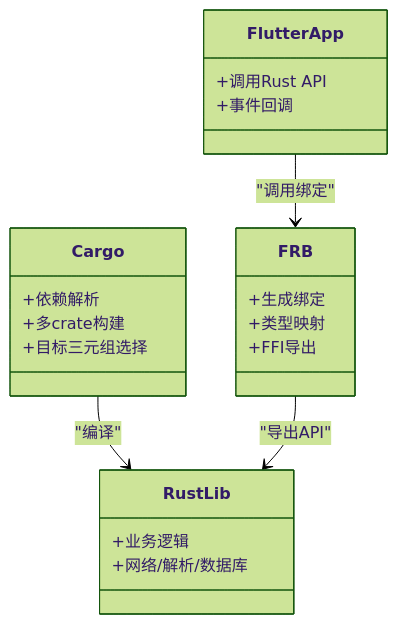
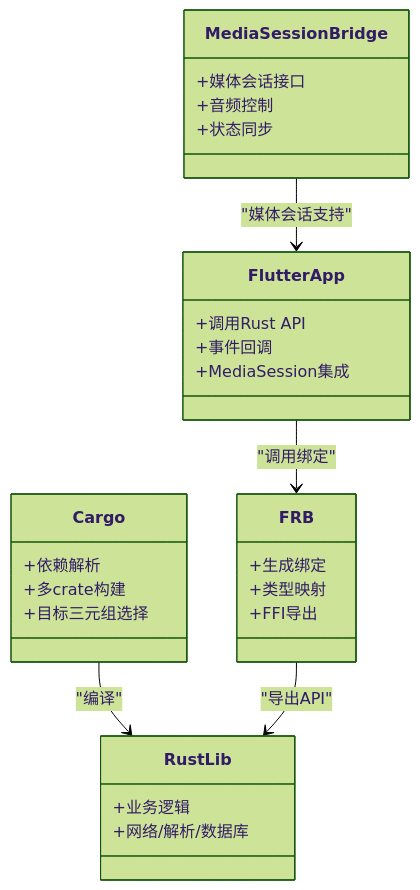
Before and after one commit to ZhangGHGitHub/LegadoTeamFlutter: the fifth of 8 diagrams in .qoder/repowiki/zh/content/构建和部署/构建和部署.md, drawn with Mermaid (forest theme). The commit also changed other lines of this file and 66 other files, not shown here.

````diff
--- a/.qoder/repowiki/zh/content/构建和部署/构建和部署.md
+++ b/.qoder/repowiki/zh/content/构建和部署/构建和部署.md
@@ -234,24 +262,31 @@
 ```mermaid
 classDiagram
 class Cargo {
 +依赖解析
 +多crate构建
 +目标三元组选择
 }
 class FRB {
 +生成绑定
 +类型映射
 +FFI导出
 }
 class RustLib {
 +业务逻辑
 +网络/解析/数据库
 }
+class MediaSessionBridge {
++媒体会话接口
++音频控制
++状态同步
+}
 class FlutterApp {
 +调用Rust API
 +事件回调
++MediaSession集成
 }
 Cargo --> RustLib : "编译"
 FRB --> RustLib : "导出API"
+MediaSessionBridge --> FlutterApp : "媒体会话支持"
 FlutterApp --> FRB : "调用绑定"
 ```
````
